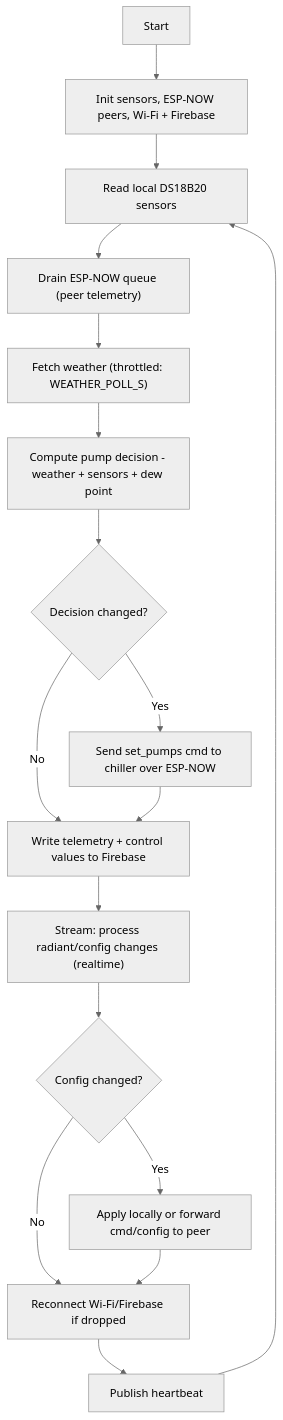
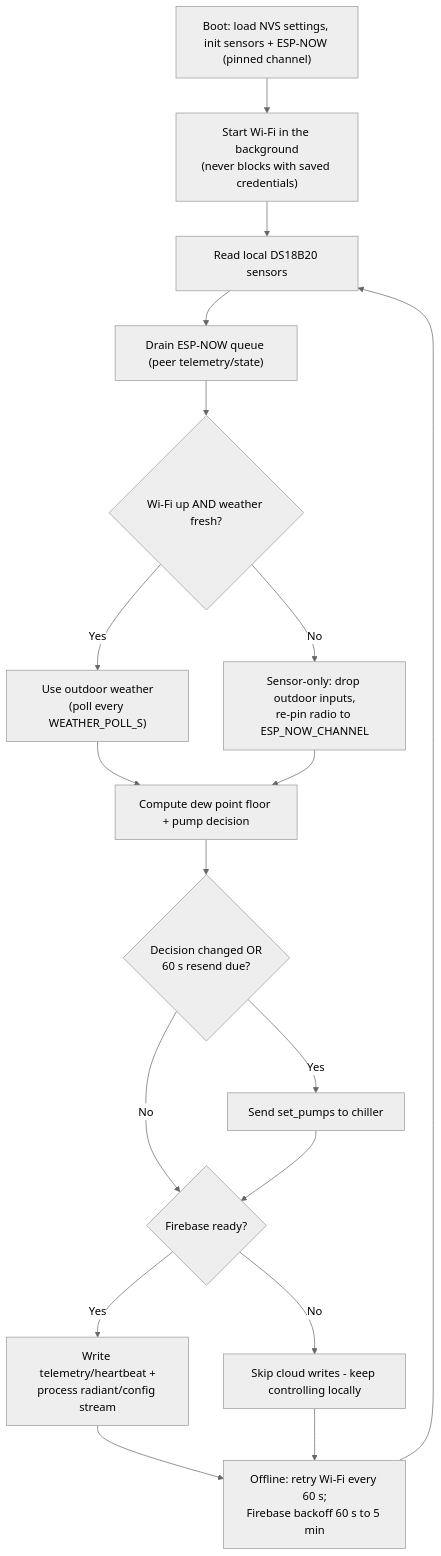
Before and after one commit to qppd/radiant-cooling: the first of 4 diagrams in docs/diagrams/flow-chart.md, drawn with Mermaid (neutral theme). The commit also changed other lines of this file and 22 other files, not shown here.

````diff
--- a/docs/diagrams/flow-chart.md
+++ b/docs/diagrams/flow-chart.md
@@ -12,19 +12,20 @@
 ```mermaid
 flowchart TD
-    A["Start"] --> B["Init sensors, ESP-NOW peers, Wi-Fi + Firebase"]
+    A["Boot: load NVS settings, init sensors + ESP-NOW (pinned channel)"] --> B["Start Wi-Fi in the background<br/>(never blocks with saved credentials)"]
     B --> C["Read local DS18B20 sensors"]
-    C --> D["Drain ESP-NOW queue (peer telemetry)"]
-    D --> E["Fetch weather (throttled: WEATHER_POLL_S)"]
-    E --> F["Compute pump decision - weather + sensors + dew point"]
-    F --> G{"Decision changed?"}
-    G -->|Yes| H["Send set_pumps cmd to chiller over ESP-NOW"]
-    G -->|No| I["Write telemetry + control values to Firebase"]
-    H --> I
-    I --> J["Stream: process radiant/config changes (realtime)"]
-    J --> K{"Config changed?"}
-    K -->|Yes| L["Apply locally or forward cmd/config to peer"]
-    K -->|No| M["Reconnect Wi-Fi/Firebase if dropped"]
-    L --> M
-    M --> N["Publish heartbeat"]
+    C --> D["Drain ESP-NOW queue (peer telemetry/state)"]
+    D --> E{"Wi-Fi up AND weather fresh?"}
+    E -->|Yes| F["Use outdoor weather<br/>(poll every WEATHER_POLL_S)"]
+    E -->|No| G["Sensor-only: drop outdoor inputs,<br/>re-pin radio to ESP_NOW_CHANNEL"]
+    F --> H["Compute dew point floor + pump decision"]
+    G --> H
+    H --> I{"Decision changed OR<br/>60 s resend due?"}
+    I -->|Yes| J["Send set_pumps to chiller"]
+    I -->|No| K{"Firebase ready?"}
+    J --> K
+    K -->|Yes| L["Write telemetry/heartbeat +<br/>process radiant/config stream"]
+    K -->|No| M["Skip cloud writes - keep controlling locally"]
+    L --> N["Offline: retry Wi-Fi every 60 s;<br/>Firebase backoff 60 s to 5 min"]
+    M --> N
     N --> C
 ```
````
